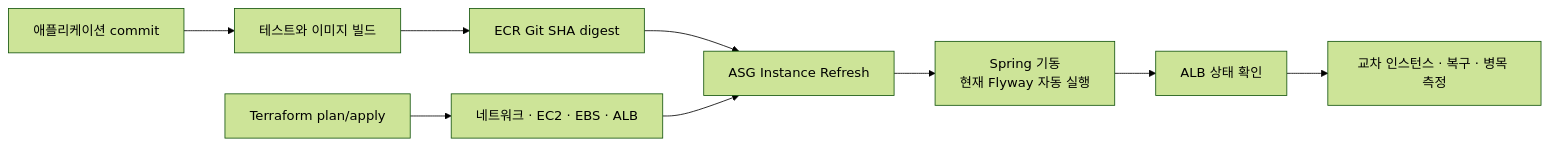
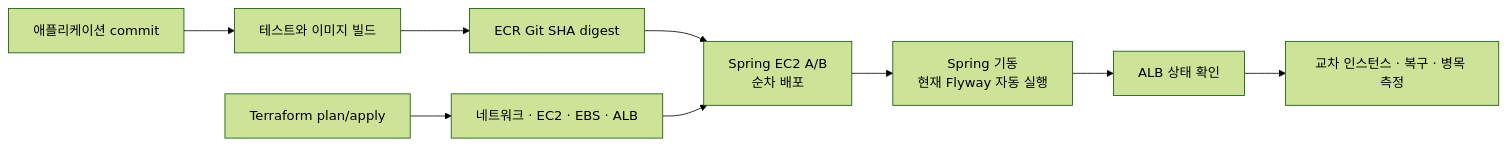
The second of 2 diagrams in docs/guides/AWS_MULTI_INSTANCE_INFRASTRUCTURE.md (bamsongi-club/albam-mate), drawn with Mermaid (forest theme) before and after one commit. The commit also changed other lines of this file and 1 other file, not shown here.

````diff
--- a/docs/guides/AWS_MULTI_INSTANCE_INFRASTRUCTURE.md
+++ b/docs/guides/AWS_MULTI_INSTANCE_INFRASTRUCTURE.md
@@ -218,11 +222,11 @@
 ```mermaid
 flowchart LR
     CODE["애플리케이션 commit"] --> CI["테스트와 이미지 빌드"]
     CI --> ECR["ECR Git SHA digest"]
     TF["Terraform plan/apply"] --> INFRA["네트워크 · EC2 · EBS · ALB"]
-    ECR --> REFRESH["ASG Instance Refresh"]
-    INFRA --> REFRESH
-    REFRESH --> BOOT["Spring 기동<br/>현재 Flyway 자동 실행"]
+    ECR --> DEPLOY["Spring EC2 A/B<br/>순차 배포"]
+    INFRA --> DEPLOY
+    DEPLOY --> BOOT["Spring 기동<br/>현재 Flyway 자동 실행"]
     BOOT --> HEALTH["ALB 상태 확인"]
     HEALTH --> VERIFY["교차 인스턴스 · 복구 · 병목 측정"]
 ```
````
